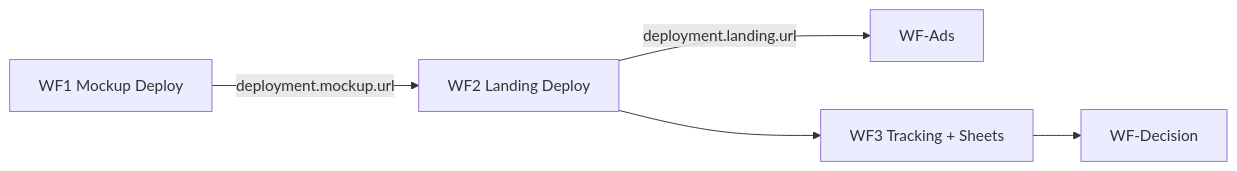
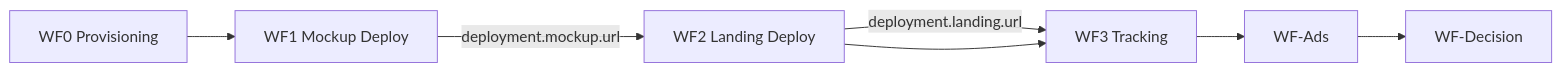
Before and after one commit to scootero/App-Validation-System: the second of 2 diagrams in n8n-workflows/WF1-DEPLOY-PIPELINE-BLUEPRINT.md, drawn with Mermaid. The commit also changed other lines of this file and 11 other files, not shown here.

````diff
--- a/n8n-workflows/WF1-DEPLOY-PIPELINE-BLUEPRINT.md
+++ b/n8n-workflows/WF1-DEPLOY-PIPELINE-BLUEPRINT.md
@@ -267,7 +310,9 @@
 ```mermaid
 flowchart LR
-  WF1[WF1 Mockup Deploy] -->|deployment.mockup.url| WF2[WF2 Landing Deploy]
-  WF2 -->|deployment.landing.url| ADS[WF-Ads]
-  WF2 --> WF3[WF3 Tracking + Sheets]
-  WF3 --> DECIDE[WF-Decision]
+  WF0[WF0 Provisioning] --> WF1[WF1 Mockup Deploy]
+  WF1 -->|deployment.mockup.url| WF2[WF2 Landing Deploy]
+  WF2 -->|deployment.landing.url| WF3[WF3 Tracking]
+  WF2 --> WF3
+  WF3 --> WFAds[WF-Ads]
+  WFAds --> WFDec[WF-Decision]
 ```
````
